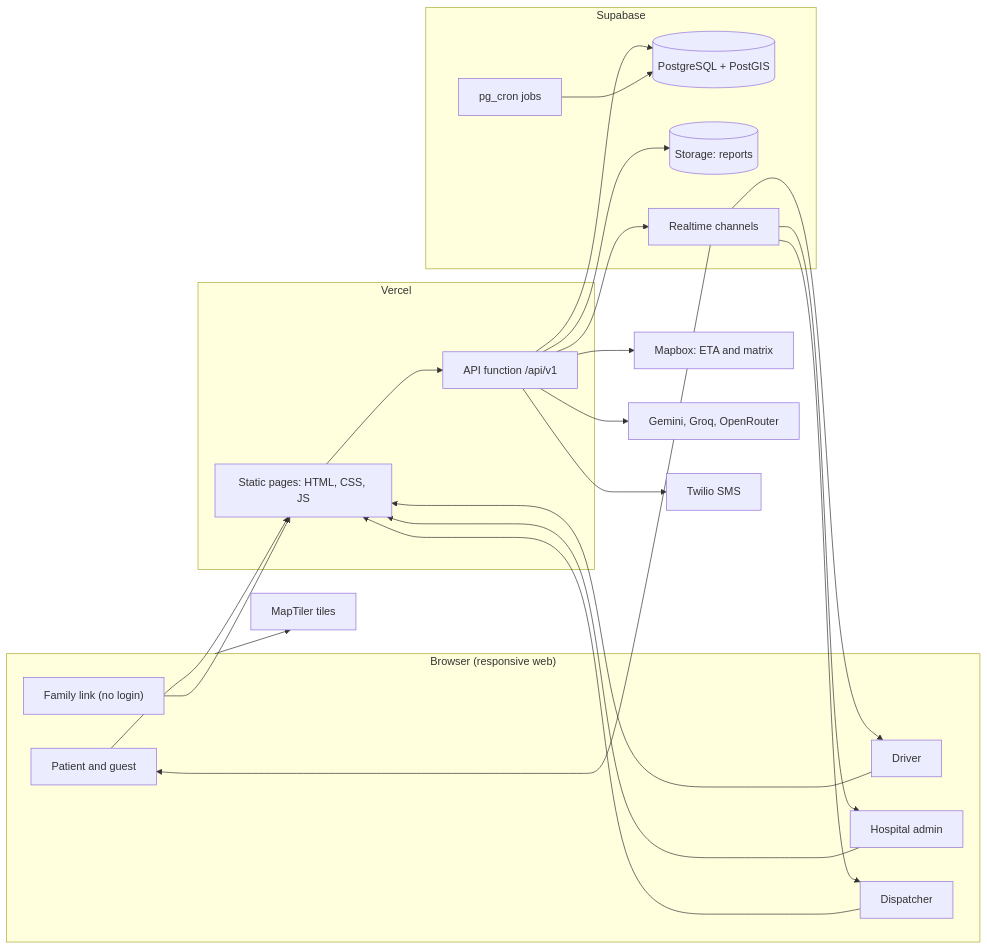
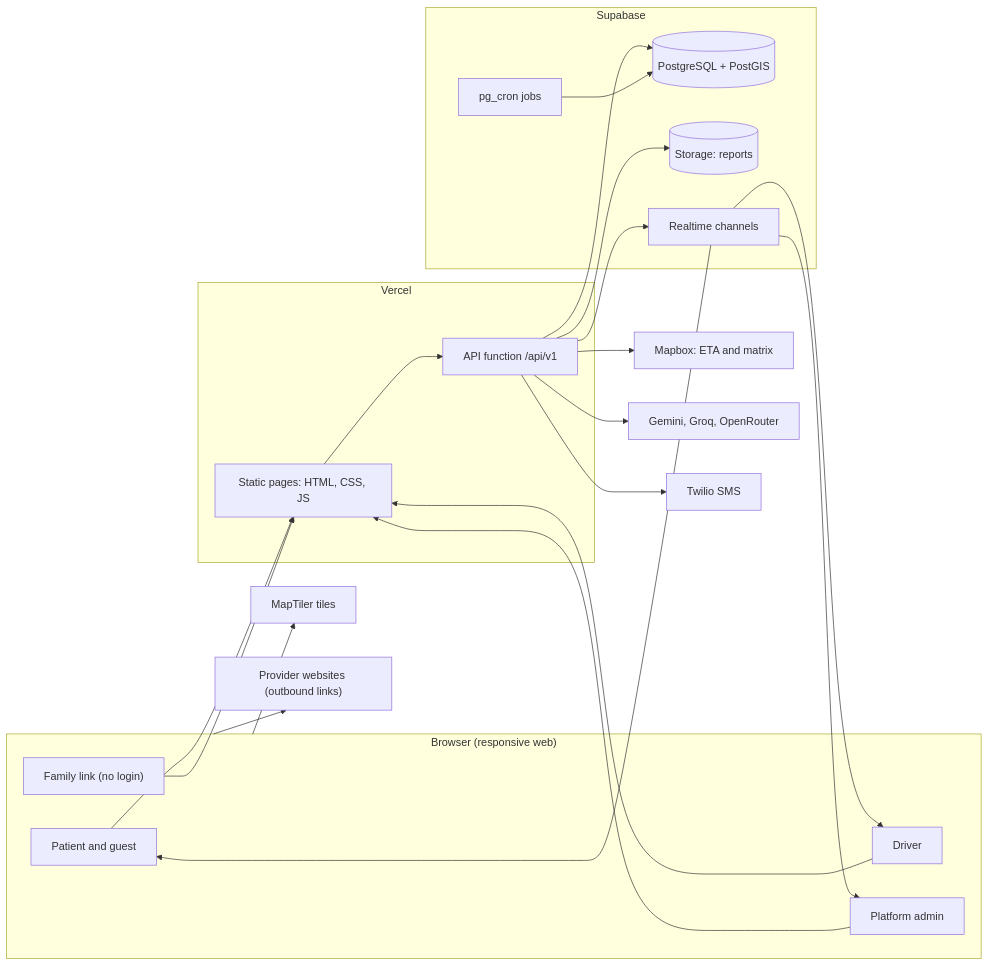
One commit to Laxmansirvi05/Hospital_Managment_System changed the first of 3 diagrams in docs/03-architecture.md. Above: the diagram before and after it, drawn with Mermaid. The commit also changed other lines of this file and 29 other files, not shown here.

````diff
--- a/docs/03-architecture.md
+++ b/docs/03-architecture.md
@@ -9,46 +9,44 @@
 ```mermaid
 flowchart LR
   subgraph Browser["Browser (responsive web)"]
     PAT["Patient and guest"]
     DRV["Driver"]
-    HOS["Hospital admin"]
-    DIS["Dispatcher"]
+    ADM["Platform admin"]
     FAM["Family link (no login)"]
   end
 
   subgraph Vercel["Vercel"]
     UI["Static pages: HTML, CSS, JS"]
     API["API function /api/v1"]
   end
 
   subgraph Supabase["Supabase"]
     DB[("PostgreSQL + PostGIS")]
     ST[("Storage: reports")]
     RT["Realtime channels"]
     CR["pg_cron jobs"]
   end
 
   MB["Mapbox: ETA and matrix"]
   LLM["Gemini, Groq, OpenRouter"]
   SMS["Twilio SMS"]
   MT["MapTiler tiles"]
 
   PAT --> UI
   DRV --> UI
-  HOS --> UI
-  DIS --> UI
+  ADM --> UI
   FAM --> UI
   UI --> API
   API --> DB
   API --> ST
   API --> RT
   API --> MB
   API --> LLM
   API --> SMS
   CR --> DB
   RT --> PAT
   RT --> DRV
-  RT --> HOS
-  RT --> DIS
+  RT --> ADM
   Browser --> MT
+  Browser --> EXT["Provider websites (outbound links)"]
 ```
````
